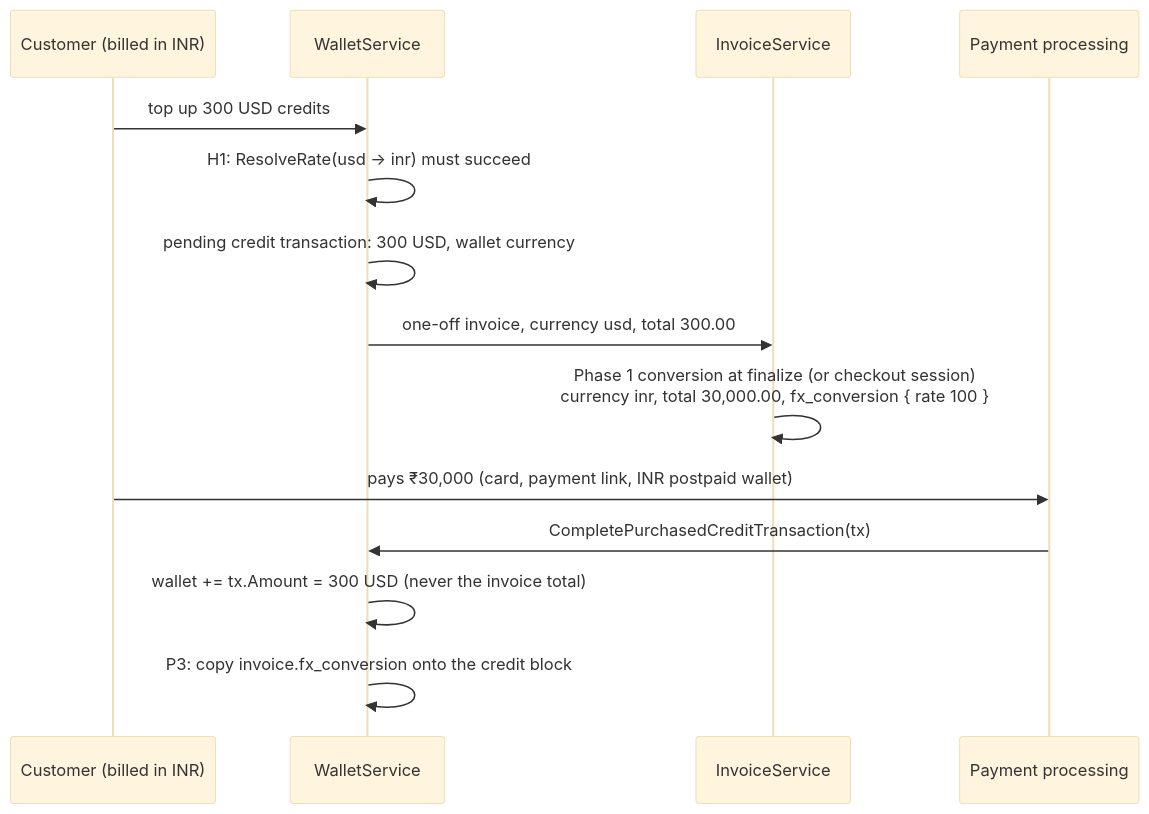
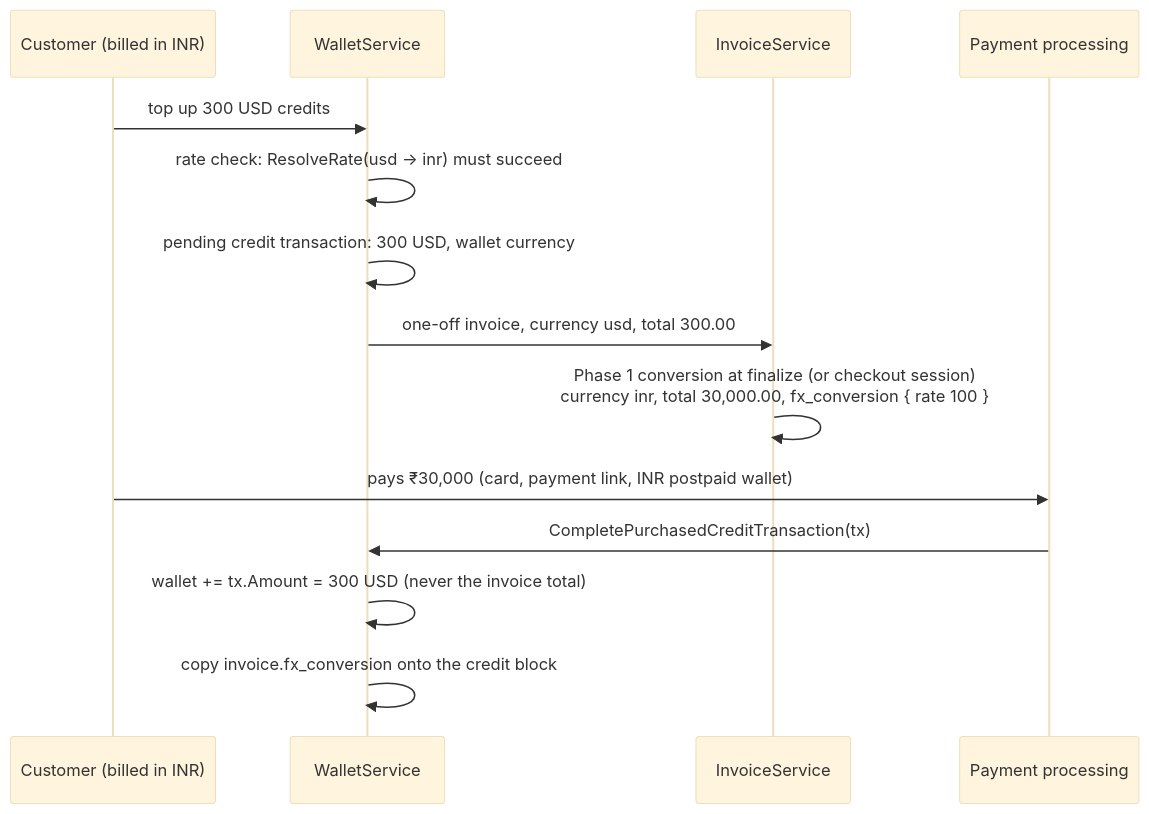
The second of 5 diagrams in docs/design/2026-09-26-FLE-1383-adaptive-multi-currency-phase2-erd.md (aghijap/flexprice-FLE-1411), drawn with Mermaid (base theme) before and after one commit. The commit also changed other lines of this file and 1 other file, not shown here.

````diff
--- a/docs/design/2026-09-26-FLE-1383-adaptive-multi-currency-phase2-erd.md
+++ b/docs/design/2026-09-26-FLE-1383-adaptive-multi-currency-phase2-erd.md
@@ -159,16 +162,16 @@
 ```mermaid
 sequenceDiagram
     participant Cu as Customer (billed in INR)
     participant W as WalletService
     participant Inv as InvoiceService
     participant Pay as Payment processing
     Cu->>W: top up 300 USD credits
-    W->>W: H1: ResolveRate(usd → inr) must succeed
+    W->>W: rate check: ResolveRate(usd → inr) must succeed
     W->>W: pending credit transaction: 300 USD, wallet currency
     W->>Inv: one-off invoice, currency usd, total 300.00
     Inv->>Inv: Phase 1 conversion at finalize (or checkout session)<br/>currency inr, total 30,000.00, fx_conversion { rate 100 }
     Cu->>Pay: pays ₹30,000 (card, payment link, INR postpaid wallet)
     Pay->>W: CompletePurchasedCreditTransaction(tx)
     W->>W: wallet += tx.Amount = 300 USD (never the invoice total)
-    W->>W: P3: copy invoice.fx_conversion onto the credit block
+    W->>W: copy invoice.fx_conversion onto the credit block
 ```
````
